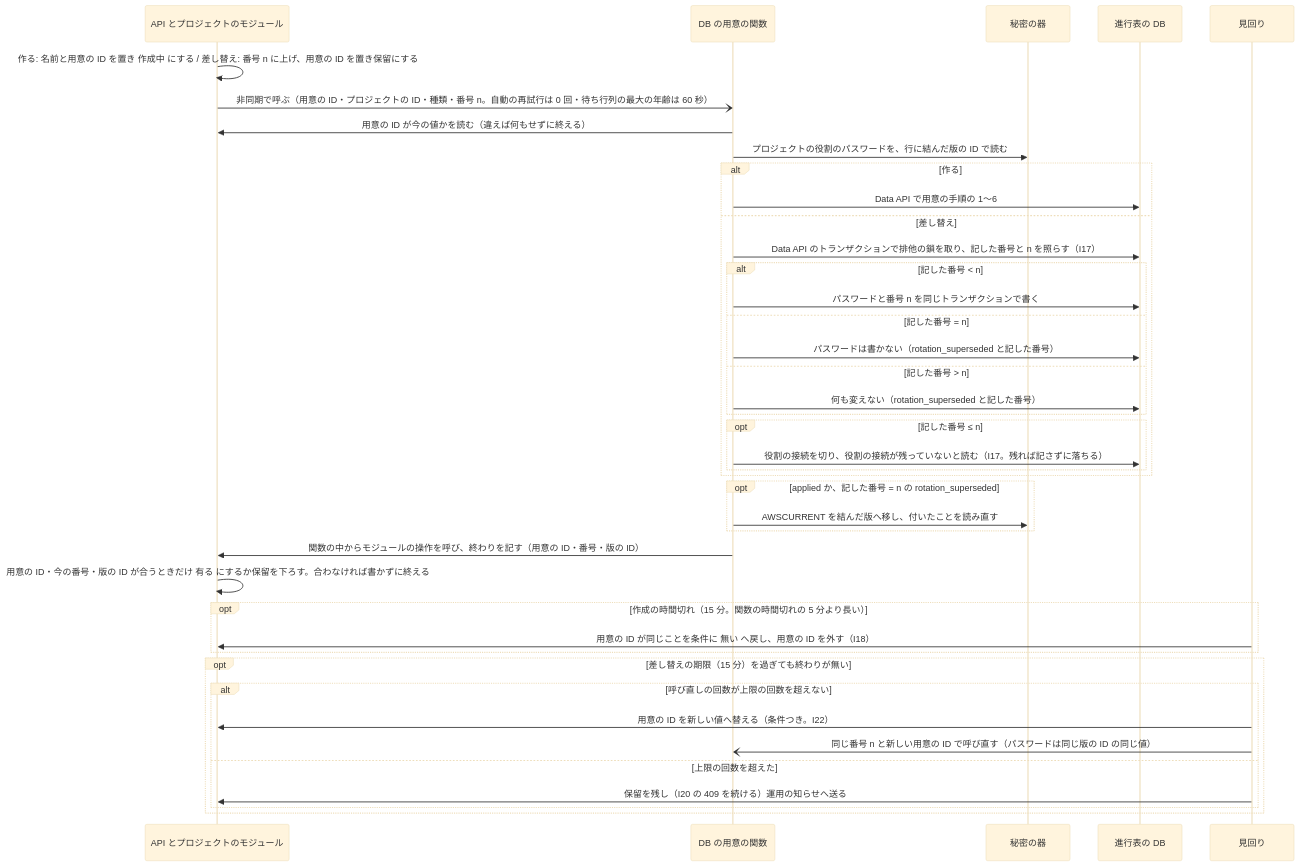
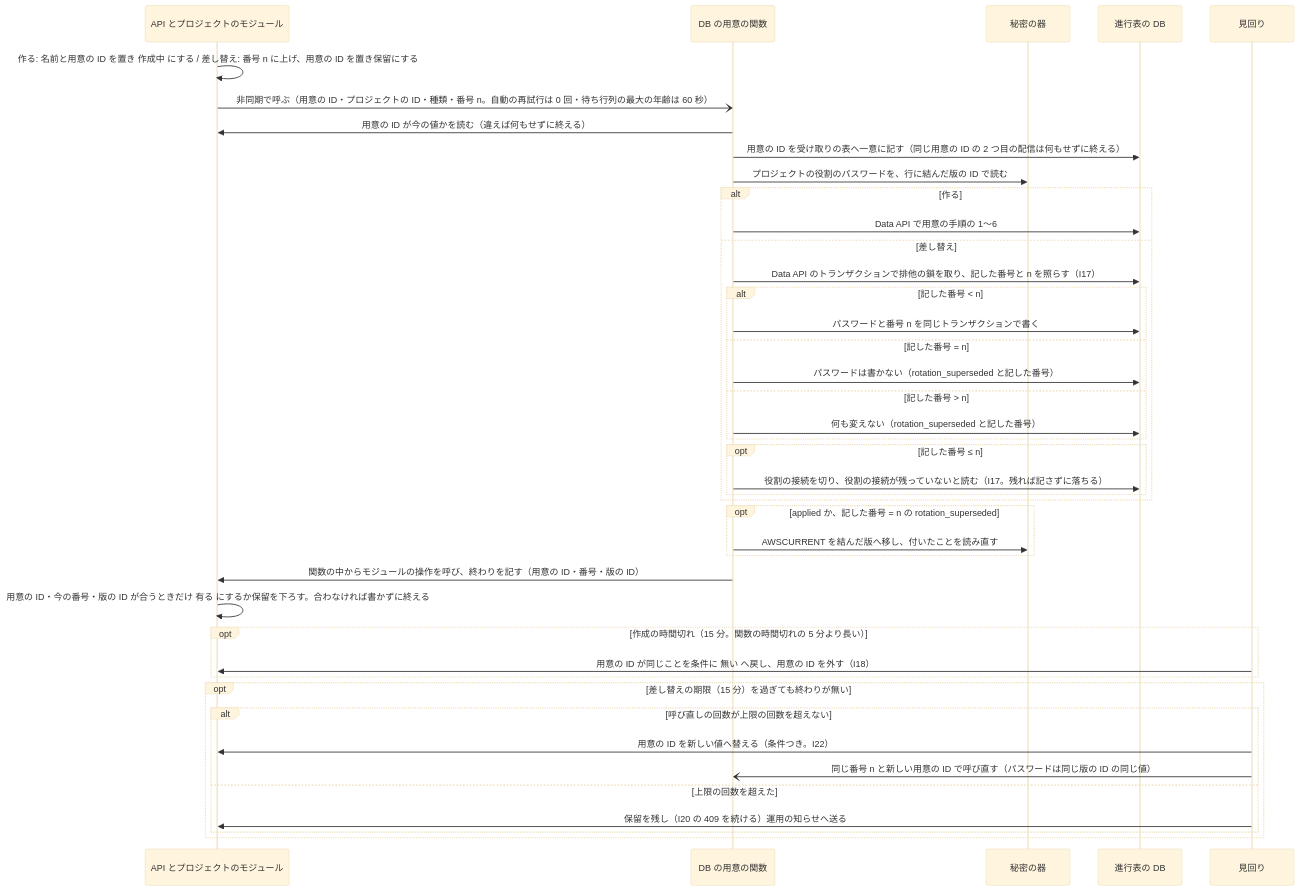
The second of 2 diagrams in docs/design/data.md (devbasex/nd-factory), drawn with Mermaid (base theme) before and after one commit. The commit also changed 3 other files, not shown here.

````diff
--- a/docs/design/data.md
+++ b/docs/design/data.md
@@ -257,43 +257,44 @@
 ```mermaid
 sequenceDiagram
     participant API as API とプロジェクトのモジュール
     participant FN as DB の用意の関数
     participant SM as 秘密の器
     participant DB as 進行表の DB
     participant PT as 見回り
     API->>API: 作る: 名前と用意の ID を置き 作成中 にする / 差し替え: 番号 n に上げ、用意の ID を置き保留にする
     API-)FN: 非同期で呼ぶ（用意の ID・プロジェクトの ID・種類・番号 n。自動の再試行は 0 回・待ち行列の最大の年齢は 60 秒）
     FN->>API: 用意の ID が今の値かを読む（違えば何もせずに終える）
+    FN->>DB: 用意の ID を受け取りの表へ一意に記す（同じ用意の ID の 2 つ目の配信は何もせずに終える）
     FN->>SM: プロジェクトの役割のパスワードを、行に結んだ版の ID で読む
     alt 作る
         FN->>DB: Data API で用意の手順の 1〜6
     else 差し替え
         FN->>DB: Data API のトランザクションで排他の鎖を取り、記した番号と n を照らす（I17）
         alt 記した番号 < n
             FN->>DB: パスワードと番号 n を同じトランザクションで書く
         else 記した番号 = n
             FN->>DB: パスワードは書かない（rotation_superseded と記した番号）
         else 記した番号 > n
             FN->>DB: 何も変えない（rotation_superseded と記した番号）
         end
         opt 記した番号 ≤ n
             FN->>DB: 役割の接続を切り、役割の接続が残っていないと読む（I17。残れば記さずに落ちる）
         end
     end
     opt applied か、記した番号 = n の rotation_superseded
         FN->>SM: AWSCURRENT を結んだ版へ移し、付いたことを読み直す
     end
     FN->>API: 関数の中からモジュールの操作を呼び、終わりを記す（用意の ID・番号・版の ID）
     API->>API: 用意の ID・今の番号・版の ID が合うときだけ 有る にするか保留を下ろす。合わなければ書かずに終える
     opt 作成の時間切れ（15 分。関数の時間切れの 5 分より長い）
         PT->>API: 用意の ID が同じことを条件に 無い へ戻し、用意の ID を外す（I18）
     end
     opt 差し替えの期限（15 分）を過ぎても終わりが無い
         alt 呼び直しの回数が上限の回数を超えない
             PT->>API: 用意の ID を新しい値へ替える（条件つき。I22）
             PT-)FN: 同じ番号 n と新しい用意の ID で呼び直す（パスワードは同じ版の ID の同じ値）
         else 上限の回数を超えた
             PT->>API: 保留を残し（I20 の 409 を続ける）運用の知らせへ送る
         end
     end
 ```
````
